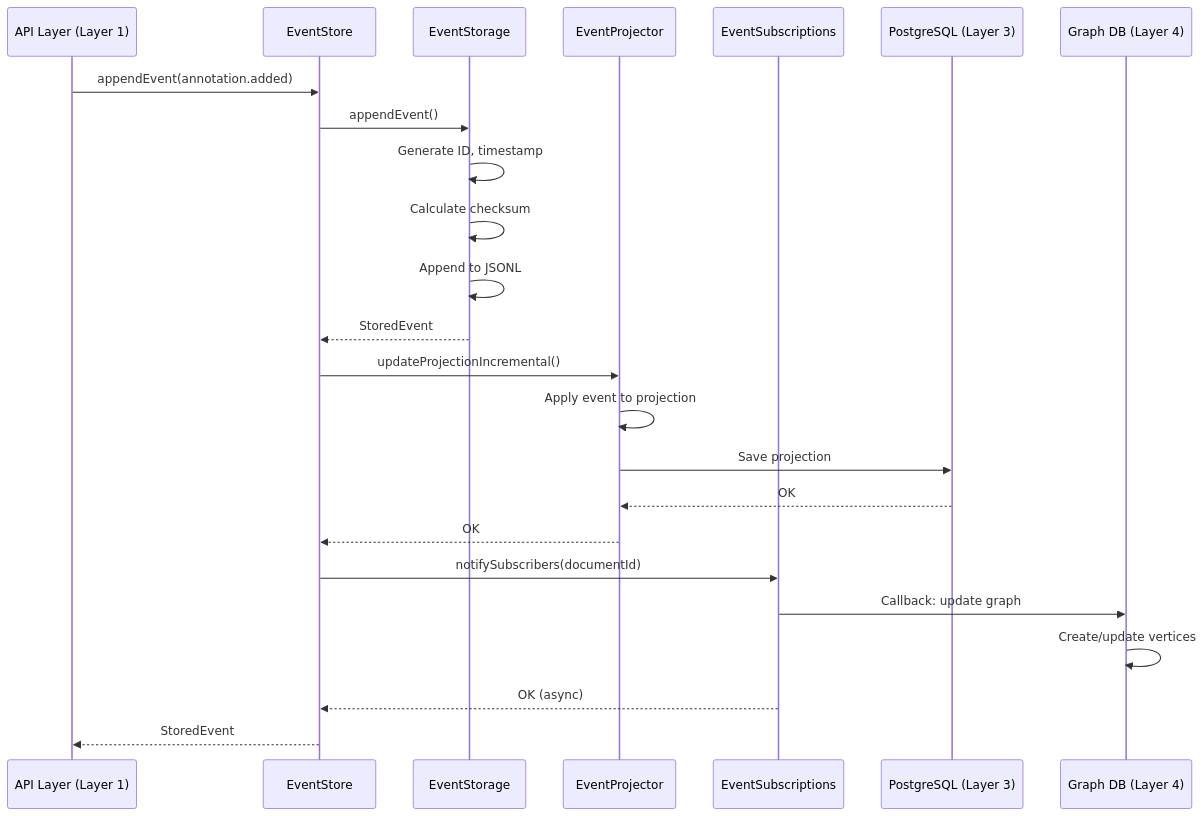
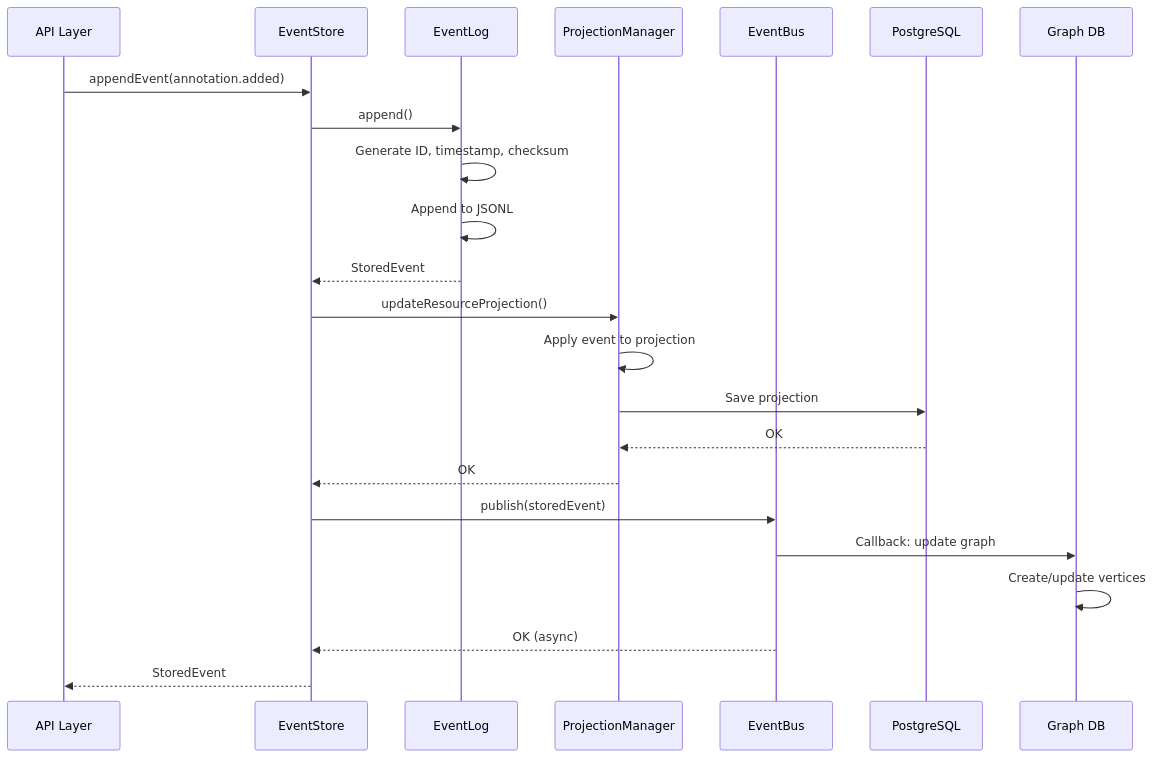
One commit to The-AI-Alliance/semiont changed the first of 2 diagrams in docs/services/EVENT-STORE.md. Above: the diagram before and after it, drawn with Mermaid. The commit also changed other lines of this file and 19 other files, not shown here.

````diff
--- a/docs/services/EVENT-STORE.md
+++ b/docs/services/EVENT-STORE.md
@@ -399,30 +543,29 @@
 ```mermaid
 sequenceDiagram
-    participant API as API Layer (Layer 1)
+    participant API as API Layer
     participant ES as EventStore
-    participant Storage as EventStorage
-    participant Projector as EventProjector
-    participant Subs as EventSubscriptions
-    participant DB as PostgreSQL (Layer 3)
-    participant Graph as Graph DB (Layer 4)
+    participant Log as EventLog
+    participant PM as ProjectionManager
+    participant Bus as EventBus
+    participant DB as PostgreSQL
+    participant Graph as Graph DB
 
     API->>ES: appendEvent(annotation.added)
-    ES->>Storage: appendEvent()
-    Storage->>Storage: Generate ID, timestamp
-    Storage->>Storage: Calculate checksum
-    Storage->>Storage: Append to JSONL
-    Storage-->>ES: StoredEvent
+    ES->>Log: append()
+    Log->>Log: Generate ID, timestamp, checksum
+    Log->>Log: Append to JSONL
+    Log-->>ES: StoredEvent
 
-    ES->>Projector: updateProjectionIncremental()
-    Projector->>Projector: Apply event to projection
-    Projector->>DB: Save projection
-    DB-->>Projector: OK
-    Projector-->>ES: OK
+    ES->>PM: updateResourceProjection()
+    PM->>PM: Apply event to projection
+    PM->>DB: Save projection
+    DB-->>PM: OK
+    PM-->>ES: OK
 
-    ES->>Subs: notifySubscribers(documentId)
-    Subs->>Graph: Callback: update graph
+    ES->>Bus: publish(storedEvent)
+    Bus->>Graph: Callback: update graph
     Graph->>Graph: Create/update vertices
-    Subs-->>ES: OK (async)
+    Bus-->>ES: OK (async)
 
     ES-->>API: StoredEvent
 ```
````
